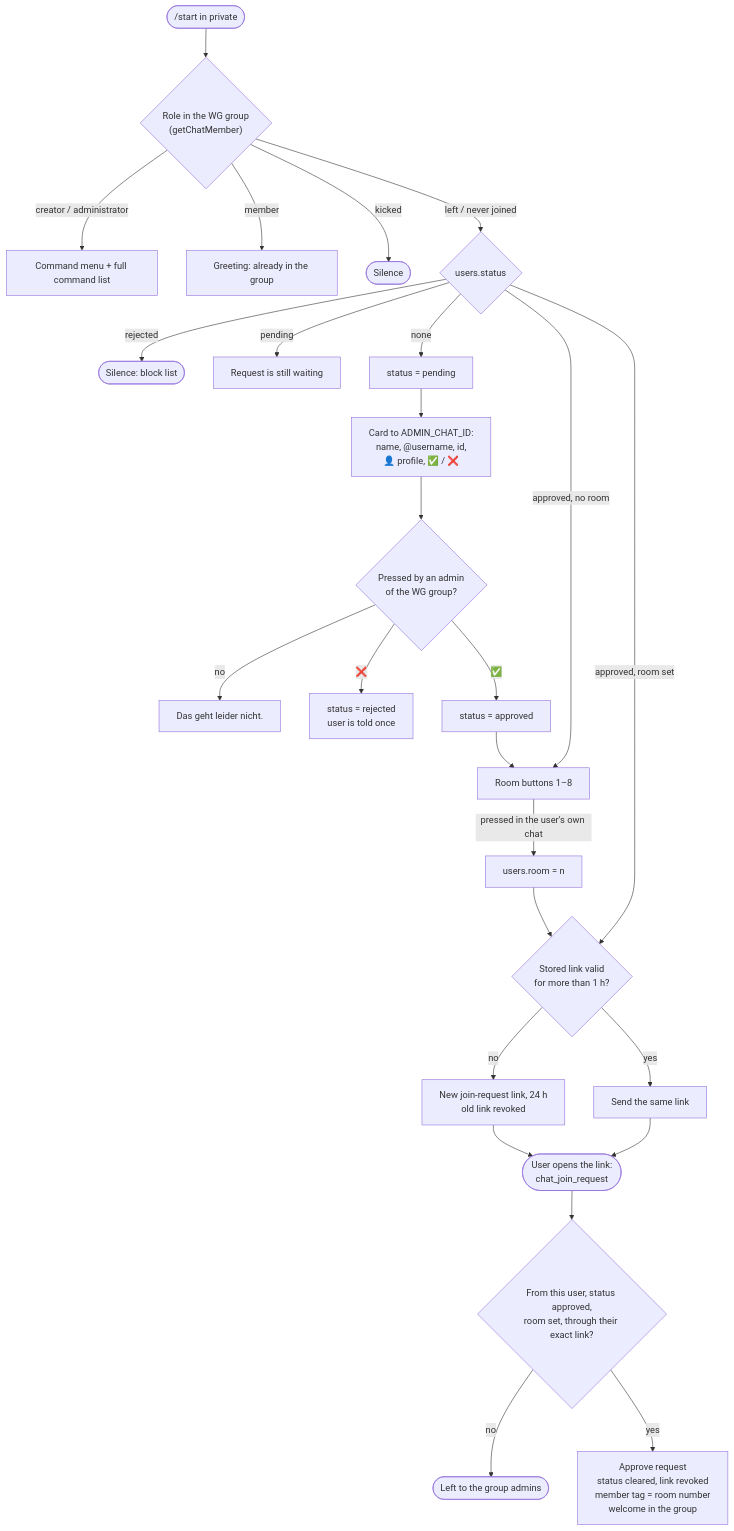
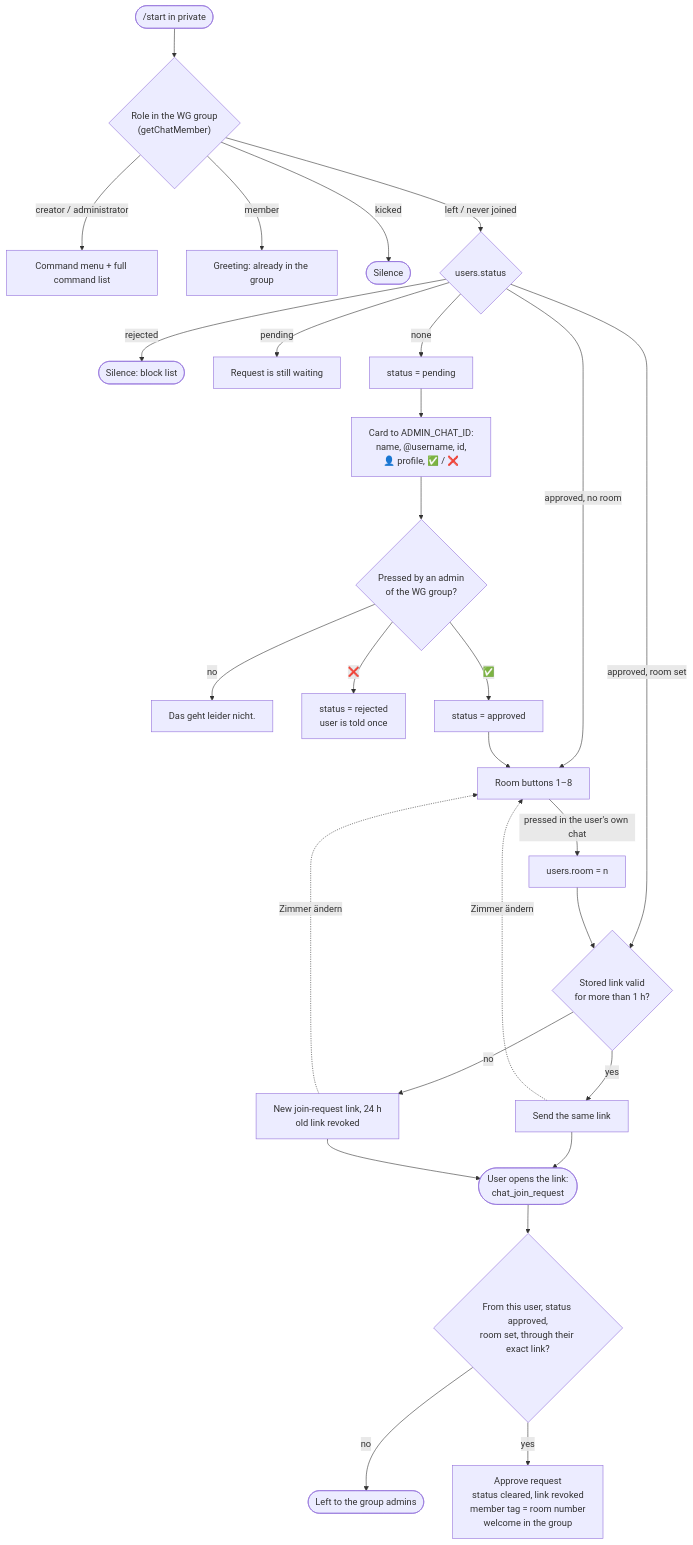
One commit to NikitaSomik/kehrwoche changed the diagram in README.md. Above: the diagram before and after it, drawn with Mermaid. The commit also changed other lines of this file and 3 other files, not shown here.

````diff
--- a/README.md
+++ b/README.md
@@ -95,31 +96,33 @@
 ```mermaid
 flowchart TD
     start(["/start in private"]) --> role{"Role in the WG group<br/>(getChatMember)"}
     role -- "creator / administrator" --> admin["Command menu + full command list"]
     role -- "member" --> member["Greeting: already in the group"]
     role -- "kicked" --> silent1(["Silence"])
     role -- "left / never joined" --> row{"users.status"}
 
     row -- "rejected" --> silent2(["Silence: block list"])
     row -- "pending" --> waiting["Request is still waiting"]
     row -- "approved, no room" --> rooms
     row -- "approved, room set" --> link
     row -- "none" --> request["status = pending"]
 
     request --> card["Card to ADMIN_CHAT_ID:<br/>name, @username, id,<br/>👤 profile, ✅ / ❌"]
     card --> press{"Pressed by an admin<br/>of the WG group?"}
     press -- "no" --> refused["Das geht leider nicht."]
     press -- "❌" --> rejected["status = rejected<br/>user is told once"]
     press -- "✅" --> approved["status = approved"]
     approved --> rooms["Room buttons 1–8"]
     rooms -- "pressed in the user's own chat" --> room["users.room = n"]
     room --> link{"Stored link valid<br/>for more than 1 h?"}
     link -- "yes" --> resend["Send the same link"]
     link -- "no" --> newlink["New join-request link, 24 h<br/>old link revoked"]
     resend --> join
     newlink --> join(["User opens the link:<br/>chat_join_request"])
+    resend -. "Zimmer ändern" .-> rooms
+    newlink -. "Zimmer ändern" .-> rooms
 
     join --> check{"From this user, status approved,<br/>room set, through their exact link?"}
     check -- "no" --> manual(["Left to the group admins"])
     check -- "yes" --> done["Approve request<br/>status cleared, link revoked<br/>member tag = room number<br/>welcome in the group"]
 ```
````
